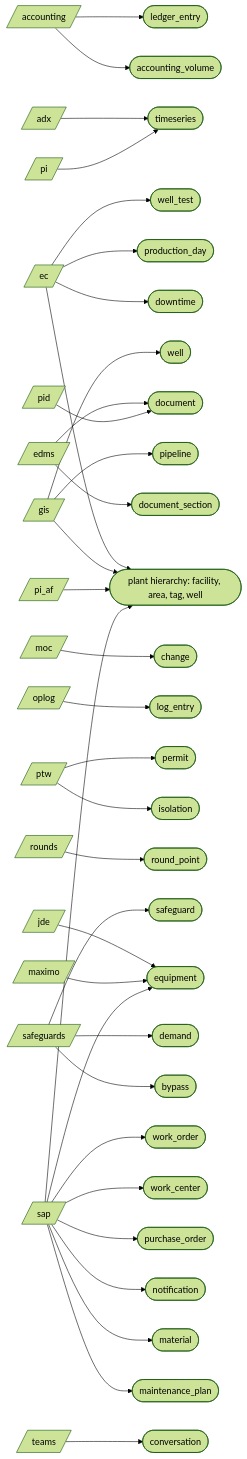
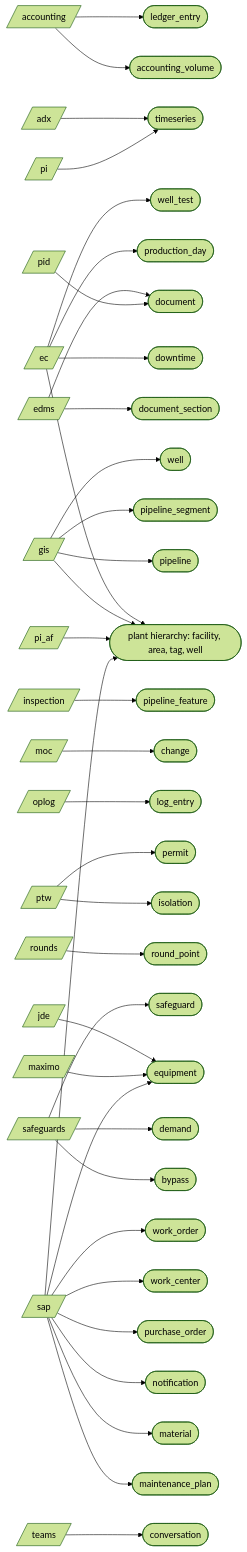
Before and after one commit to areed145/fuzer: the second of 3 diagrams in docs/architecture.md, drawn with Mermaid (forest theme). The commit also changed other lines of this file and 14 other files, not shown here.

First line of the commit message:
Pipeline stationing: ILI features link to the segment and station that hold them (#892)

```diff
--- a/docs/architecture.md
+++ b/docs/architecture.md
@@ -84,6 +84,7 @@
   src_ec[/"ec"/]
   src_edms[/"edms"/]
   src_gis[/"gis"/]
+  src_inspection[/"inspection"/]
   src_jde[/"jde"/]
   src_maximo[/"maximo"/]
   src_moc[/"moc"/]
@@ -113,6 +114,8 @@
   kind_notification(["notification"])
   kind_permit(["permit"])
   kind_pipeline(["pipeline"])
+  kind_pipeline_feature(["pipeline_feature"])
+  kind_pipeline_segment(["pipeline_segment"])
   kind_plant_hierarchy__facility__area__tag__well(["plant hierarchy: facility, area, tag, well"])
   kind_production_day(["production_day"])
   kind_purchase_order(["purchase_order"])
@@ -133,8 +136,10 @@
   src_edms --> kind_document
   src_edms --> kind_document_section
   src_gis --> kind_pipeline
+  src_gis --> kind_pipeline_segment
   src_gis --> kind_plant_hierarchy__facility__area__tag__well
   src_gis --> kind_well
+  src_inspection --> kind_pipeline_feature
   src_jde --> kind_equipment
   src_maximo --> kind_equipment
   src_moc --> kind_change
```
